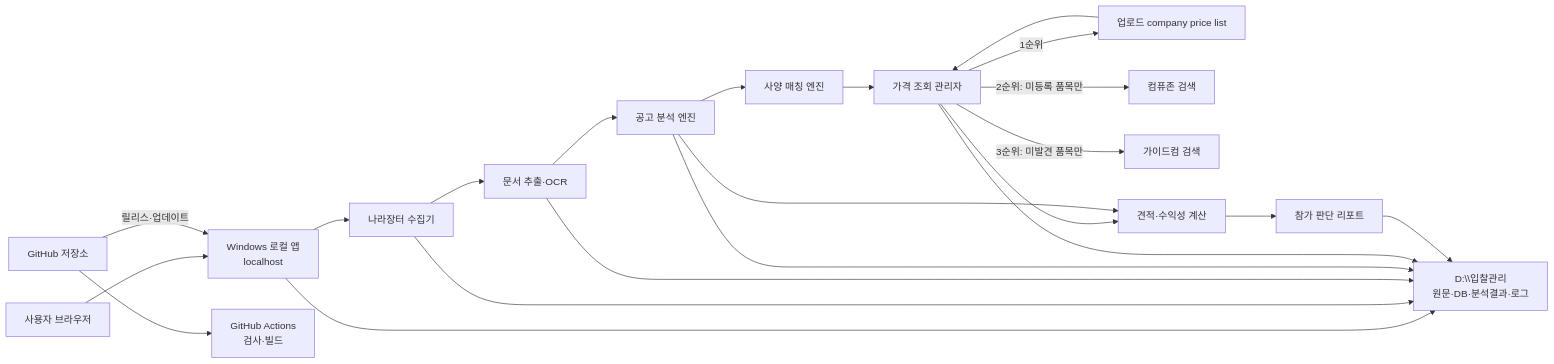
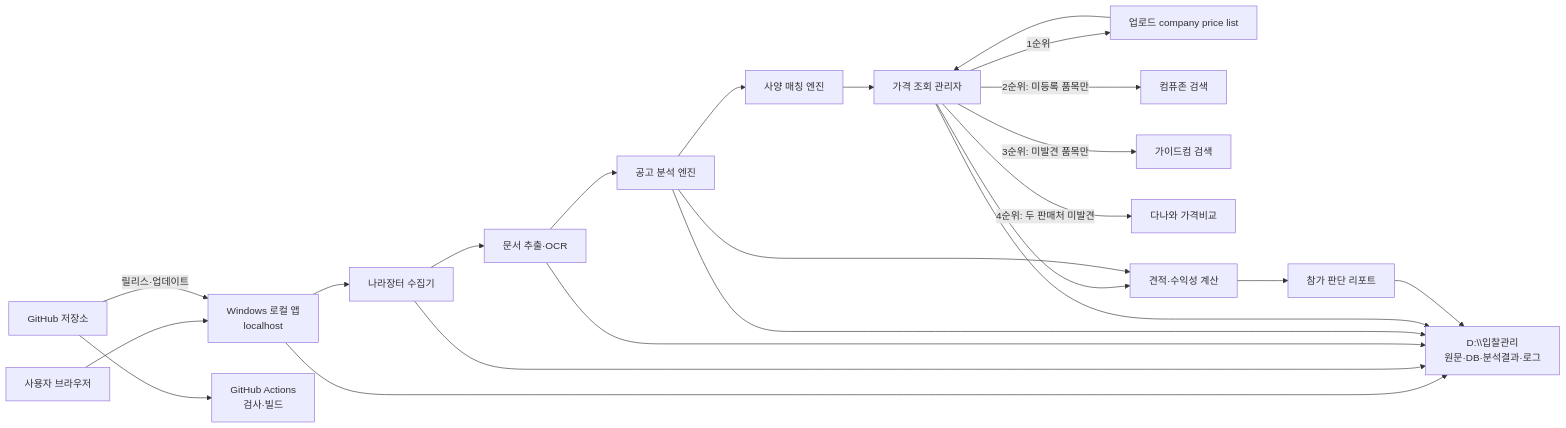
The first of 2 diagrams in 조달공고_분석시스템_재설계안.md (Choongsik-Yoo/WITHBID-PPBM), drawn with Mermaid before and after one commit. The commit also changed other lines of this file and 12 other files, not shown here.

````diff
--- a/조달공고_분석시스템_재설계안.md
+++ b/조달공고_분석시스템_재설계안.md
@@ -17,28 +17,29 @@
 ```mermaid
 flowchart LR
     U["사용자 브라우저"] --> A["Windows 로컬 앱\nlocalhost"]
     G["GitHub 저장소"] -->|"릴리스·업데이트"| A
     G --> C["GitHub Actions\n검사·빌드"]
 
     A --> N["나라장터 수집기"]
     N --> X["문서 추출·OCR"]
     X --> E["공고 분석 엔진"]
     E --> S["사양 매칭 엔진"]
 
     P["업로드 company price list"] --> R["가격 조회 관리자"]
     S --> R
     R -->|"1순위"| P
     R -->|"2순위: 미등록 품목만"| CZ["컴퓨존 검색"]
     R -->|"3순위: 미발견 품목만"| GC["가이드컴 검색"]
+    R -->|"4순위: 두 판매처 미발견"| DW["다나와 가격비교"]
 
     R --> Q["견적·수익성 계산"]
     E --> Q
     Q --> D["참가 판단 리포트"]
 
     A --> L["D:\\입찰관리\n원문·DB·분석결과·로그"]
     N --> L
     X --> L
     E --> L
     R --> L
     D --> L
 ```
````
